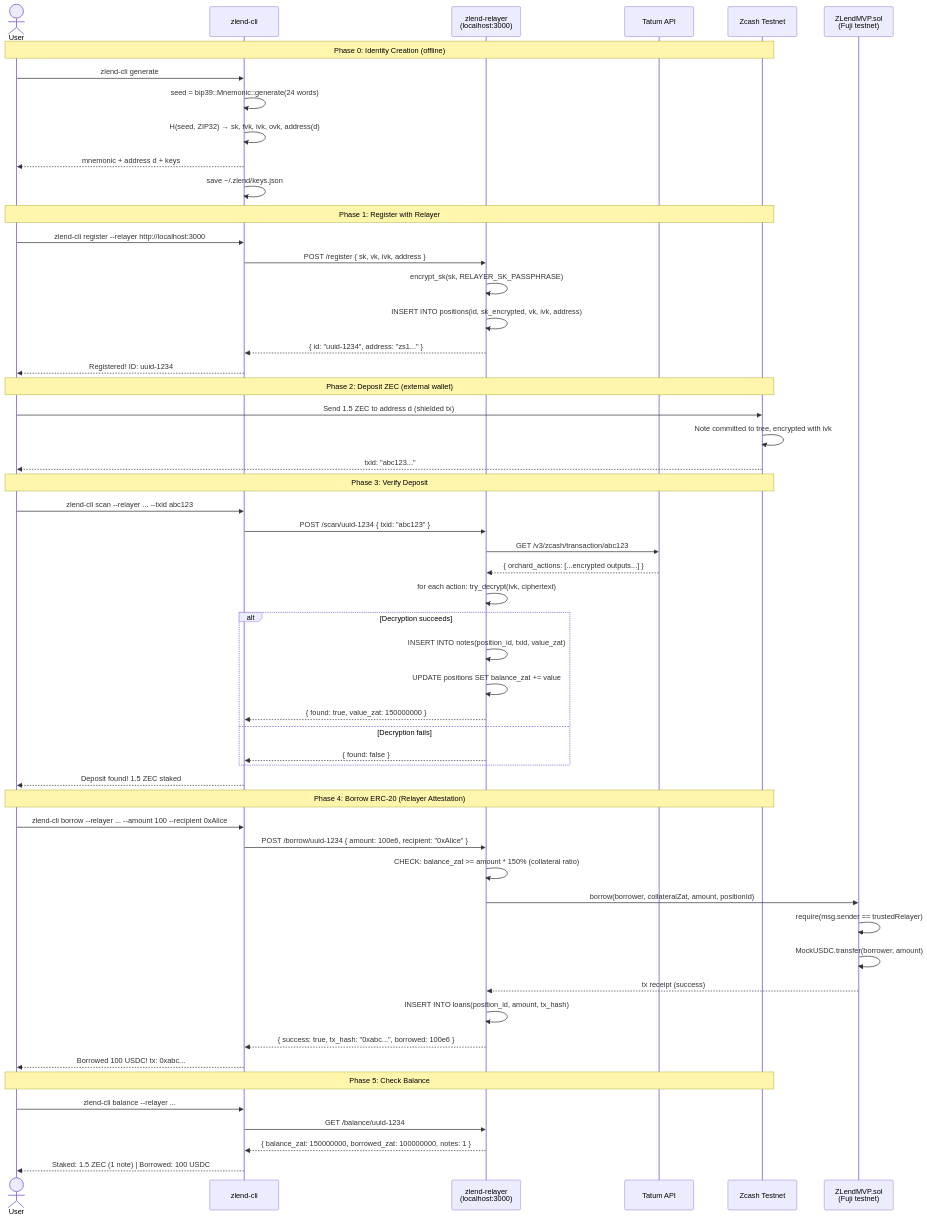
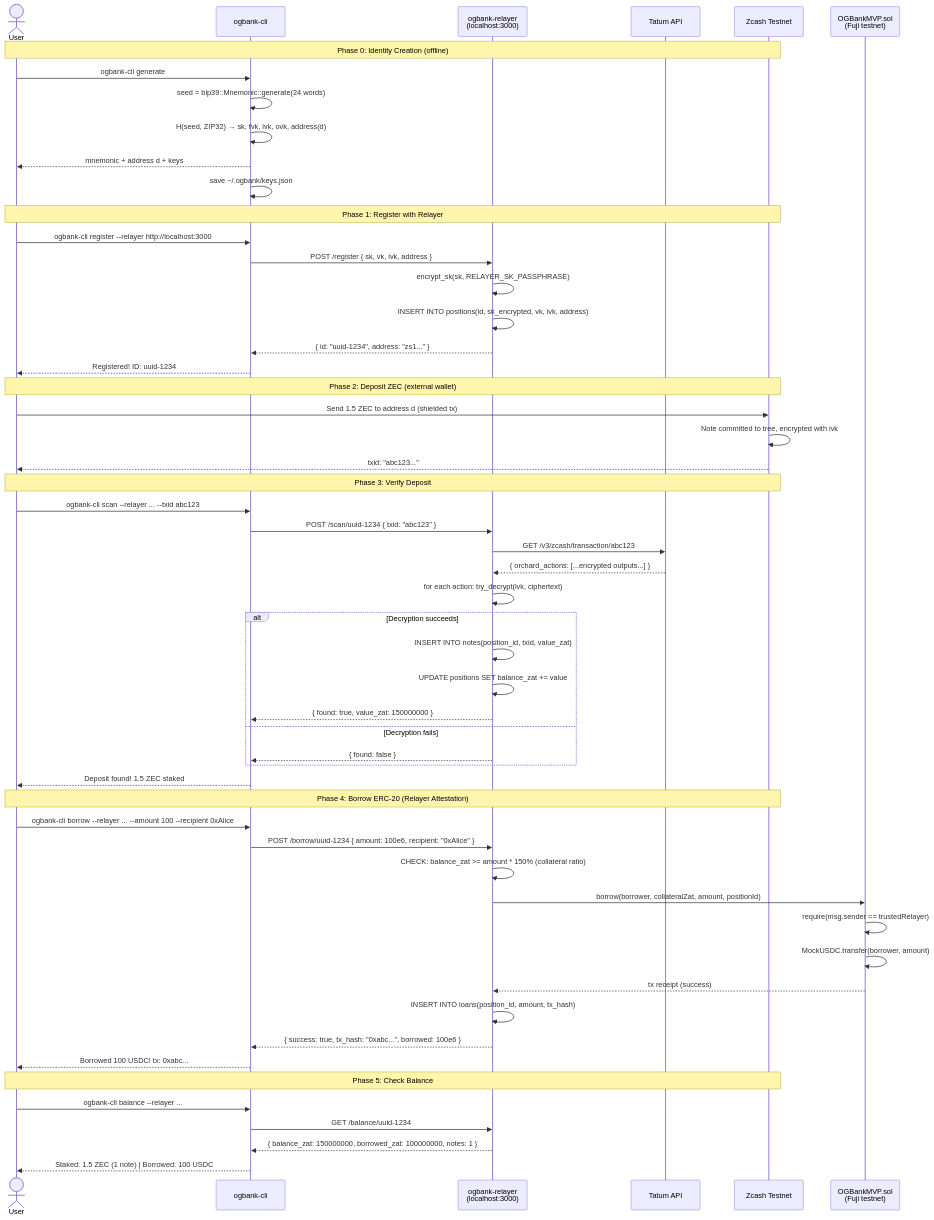
Before and after one commit to sebastianlujan/zlend: the second of 6 diagrams in docs/technical/08_mvp.md, drawn with Mermaid. The commit also changed other lines of this file and 68 other files, not shown here.

````diff
--- a/docs/technical/08_mvp.md
+++ b/docs/technical/08_mvp.md
@@ -63,64 +63,64 @@
 ```mermaid
 sequenceDiagram
     actor User
-    participant CLI as zlend-cli
-    participant Relayer as zlend-relayer<br/>(localhost:3000)
+    participant CLI as ogbank-cli
+    participant Relayer as ogbank-relayer<br/>(localhost:3000)
     participant Tatum as Tatum API
     participant Zcash as Zcash Testnet
 
     Note over User,Zcash: Phase 0: Identity Creation (offline)
-    User->>CLI: zlend-cli generate
+    User->>CLI: ogbank-cli generate
     CLI->>CLI: seed = bip39::Mnemonic::generate(24 words)
     CLI->>CLI: H(seed, ZIP32) → sk, fvk, ivk, ovk, address(d)
     CLI-->>User: mnemonic + address d + keys
-    CLI->>CLI: save ~/.zlend/keys.json
+    CLI->>CLI: save ~/.ogbank/keys.json
 
     Note over User,Zcash: Phase 1: Register with Relayer
-    User->>CLI: zlend-cli register --relayer http://localhost:3000
+    User->>CLI: ogbank-cli register --relayer http://localhost:3000
     CLI->>Relayer: POST /register { sk, vk, ivk, address }
     Relayer->>Relayer: encrypt_sk(sk, RELAYER_SK_PASSPHRASE)
     Relayer->>Relayer: INSERT INTO positions(id, sk_encrypted, vk, ivk, address)
     Relayer-->>CLI: { id: "uuid-1234", address: "zs1..." }
     CLI-->>User: Registered! ID: uuid-1234
 
     Note over User,Zcash: Phase 2: Deposit ZEC (external wallet)
     User->>Zcash: Send 1.5 ZEC to address d (shielded tx)
     Zcash->>Zcash: Note committed to tree, encrypted with ivk
     Zcash-->>User: txid: "abc123..."
 
     Note over User,Zcash: Phase 3: Verify Deposit
-    User->>CLI: zlend-cli scan --relayer ... --txid abc123
+    User->>CLI: ogbank-cli scan --relayer ... --txid abc123
     CLI->>Relayer: POST /scan/uuid-1234 { txid: "abc123" }
     Relayer->>Tatum: GET /v3/zcash/transaction/abc123
     Tatum-->>Relayer: { orchard_actions: [...encrypted outputs...] }
     Relayer->>Relayer: for each action: try_decrypt(ivk, ciphertext)
     alt Decryption succeeds
         Relayer->>Relayer: INSERT INTO notes(position_id, txid, value_zat)
         Relayer->>Relayer: UPDATE positions SET balance_zat += value
         Relayer-->>CLI: { found: true, value_zat: 150000000 }
     else Decryption fails
         Relayer-->>CLI: { found: false }
     end
     CLI-->>User: Deposit found! 1.5 ZEC staked
 
     Note over User,Zcash: Phase 4: Borrow ERC-20 (Relayer Attestation)
-    User->>CLI: zlend-cli borrow --relayer ... --amount 100 --recipient 0xAlice
+    User->>CLI: ogbank-cli borrow --relayer ... --amount 100 --recipient 0xAlice
     CLI->>Relayer: POST /borrow/uuid-1234 { amount: 100e6, recipient: "0xAlice" }
     Relayer->>Relayer: CHECK: balance_zat >= amount * 150% (collateral ratio)
 
-    participant Avalanche as ZLendMVP.sol<br/>(Fuji testnet)
+    participant Avalanche as OGBankMVP.sol<br/>(Fuji testnet)
 
     Relayer->>Avalanche: borrow(borrower, collateralZat, amount, positionId)
     Avalanche->>Avalanche: require(msg.sender == trustedRelayer)
     Avalanche->>Avalanche: MockUSDC.transfer(borrower, amount)
     Avalanche-->>Relayer: tx receipt (success)
     Relayer->>Relayer: INSERT INTO loans(position_id, amount, tx_hash)
     Relayer-->>CLI: { success: true, tx_hash: "0xabc...", borrowed: 100e6 }
     CLI-->>User: Borrowed 100 USDC! tx: 0xabc...
 
     Note over User,Zcash: Phase 5: Check Balance
-    User->>CLI: zlend-cli balance --relayer ...
+    User->>CLI: ogbank-cli balance --relayer ...
     CLI->>Relayer: GET /balance/uuid-1234
     Relayer-->>CLI: { balance_zat: 150000000, borrowed_zat: 100000000, notes: 1 }
     CLI-->>User: Staked: 1.5 ZEC (1 note) | Borrowed: 100 USDC
 ```
````
